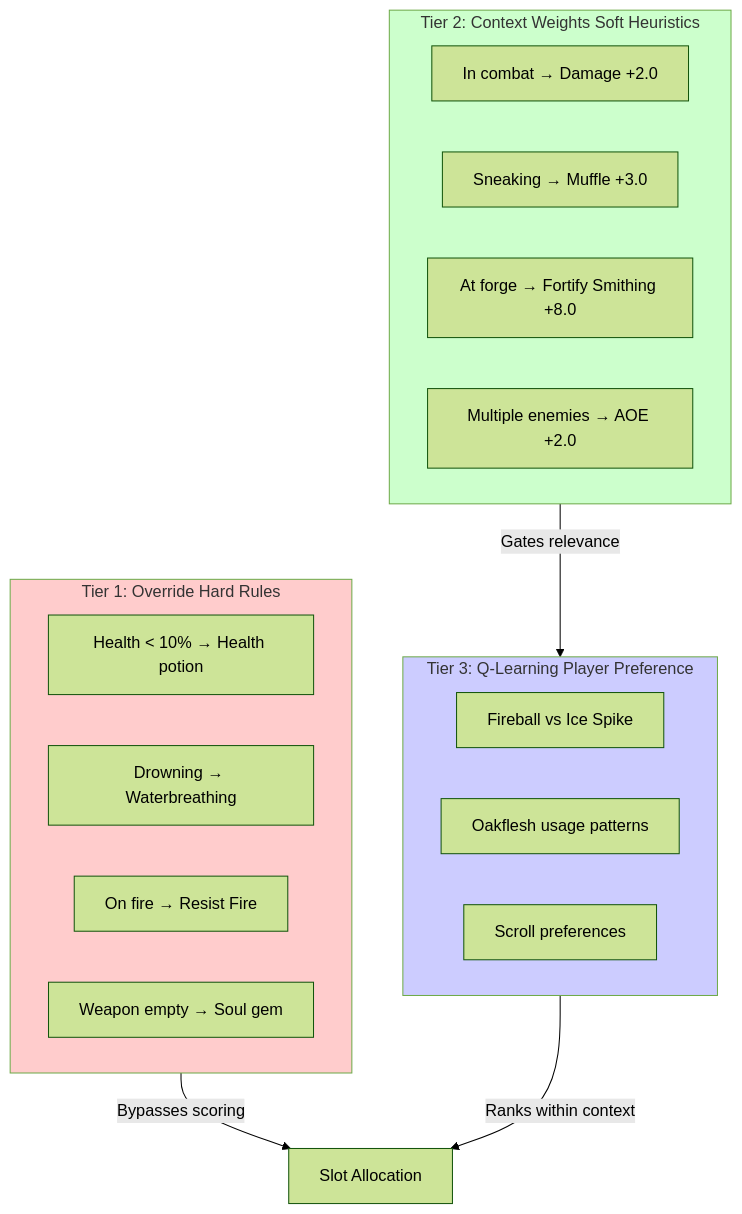
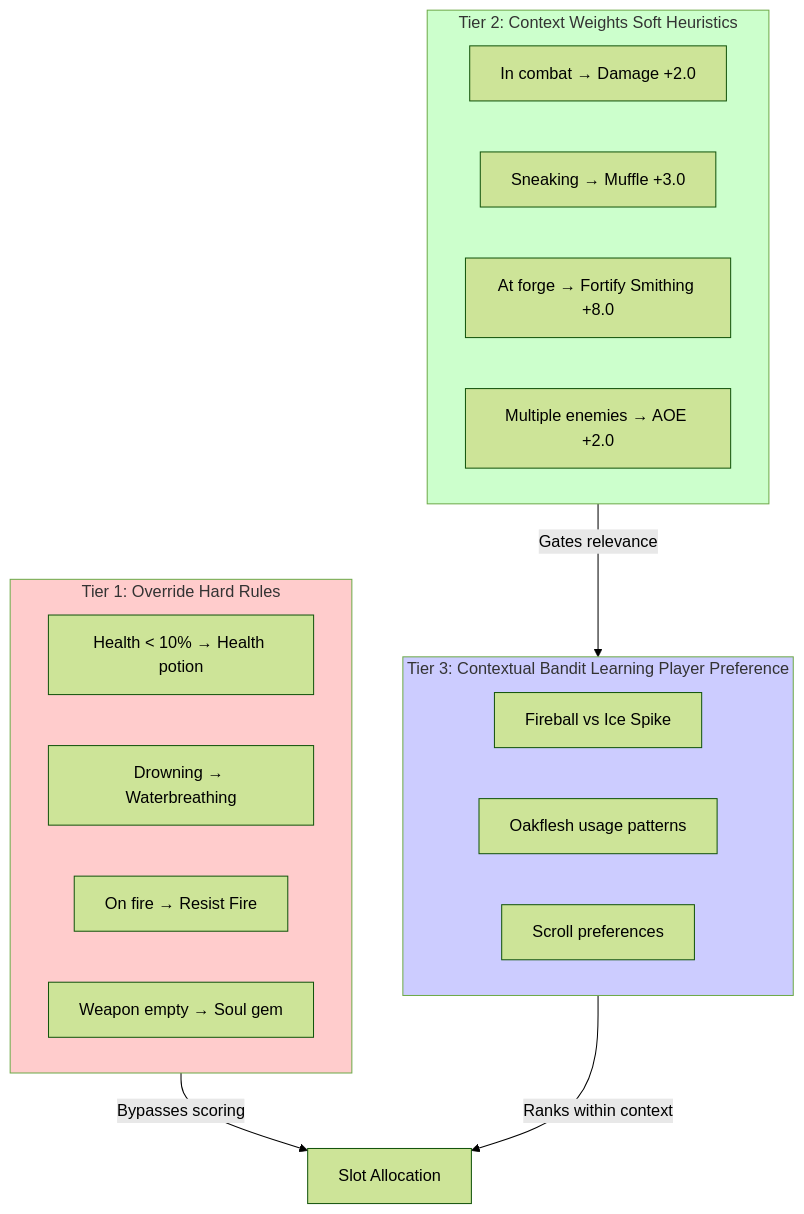
The second of 10 diagrams in docs/architecture/0-pipeline.md (LandingCrew/huginn), drawn with Mermaid (forest theme) before and after one commit. The commit also changed other lines of this file and 39 other files, not shown here.

````diff
--- a/docs/architecture/0-pipeline.md
+++ b/docs/architecture/0-pipeline.md
@@ -157,30 +157,30 @@
 ```mermaid
 graph TD
     subgraph Tier1[Tier 1: Override Hard Rules]
         OR1[Health < 10% → Health potion]
         OR2[Drowning → Waterbreathing]
         OR3[On fire → Resist Fire]
         OR4[Weapon empty → Soul gem]
     end
 
     subgraph Tier2[Tier 2: Context Weights Soft Heuristics]
         CW1[In combat → Damage +2.0]
         CW2[Sneaking → Muffle +3.0]
         CW3[At forge → Fortify Smithing +8.0]
         CW4[Multiple enemies → AOE +2.0]
     end
 
-    subgraph Tier3[Tier 3: Q-Learning Player Preference]
+    subgraph Tier3[Tier 3: Contextual Bandit Learning Player Preference]
         QL1[Fireball vs Ice Spike]
         QL2[Oakflesh usage patterns]
         QL3[Scroll preferences]
     end
 
     Tier1 -->|Bypasses scoring| Output[Slot Allocation]
     Tier2 -->|Gates relevance| Tier3
     Tier3 -->|Ranks within context| Output
 
     style Tier1 fill:#ffcccc
     style Tier2 fill:#ccffcc
     style Tier3 fill:#ccccff
 ```
````
